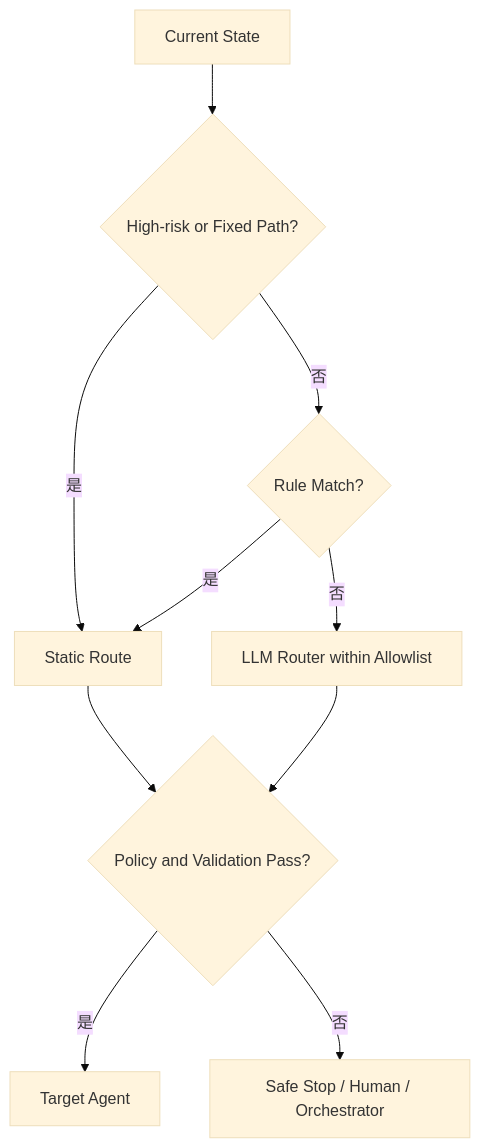
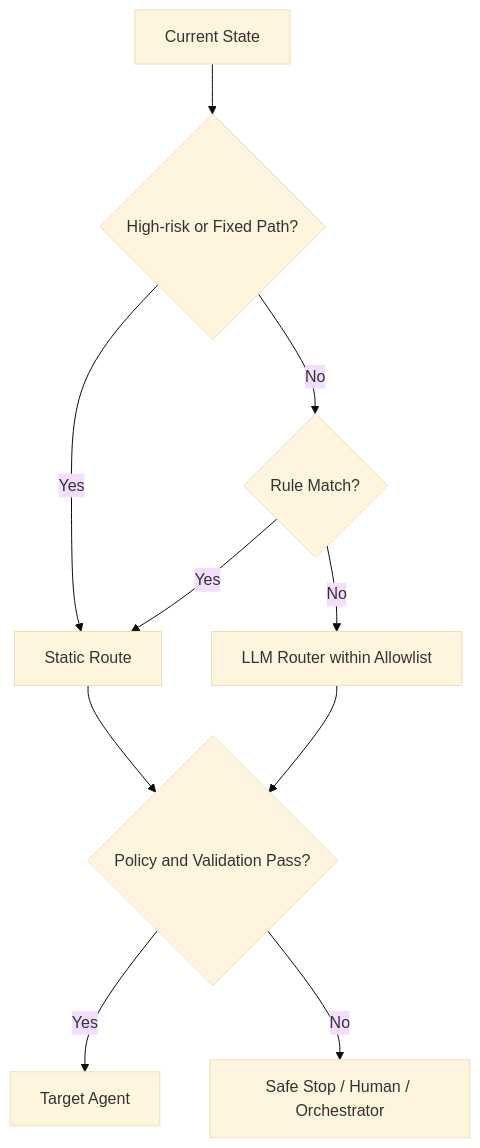
Diagram 13 of 24 in docs/agent/04-multi-agent/13-multi-agent-coordination.md (oneleaveknowsthefall/awesome-ai-roadmap), drawn with Mermaid (base theme) before and after one commit. The commit also changed other lines of this file and 68 other files, not shown here.

````diff
--- a/docs/agent/04-multi-agent/13-multi-agent-coordination.md
+++ b/docs/agent/04-multi-agent/13-multi-agent-coordination.md
@@ -760,12 +764,12 @@
 ```mermaid
 flowchart TB
     S[Current State] --> H{High-risk or Fixed Path?}
-    H -->|是| STATIC[Static Route]
-    H -->|否| RULE{Rule Match?}
-    RULE -->|是| STATIC
+    H -->|Yes| STATIC[Static Route]
+    H -->|No| RULE{Rule Match?}
+    RULE -->|Yes| STATIC
     STATIC --> CHECK{Policy and Validation Pass?}
-    RULE -->|否| LLM[LLM Router within Allowlist]
+    RULE -->|No| LLM[LLM Router within Allowlist]
     LLM --> CHECK
-    CHECK -->|是| TARGET[Target Agent]
-    CHECK -->|否| SAFE[Safe Stop / Human / Orchestrator]
+    CHECK -->|Yes| TARGET[Target Agent]
+    CHECK -->|No| SAFE[Safe Stop / Human / Orchestrator]
 ```
````
